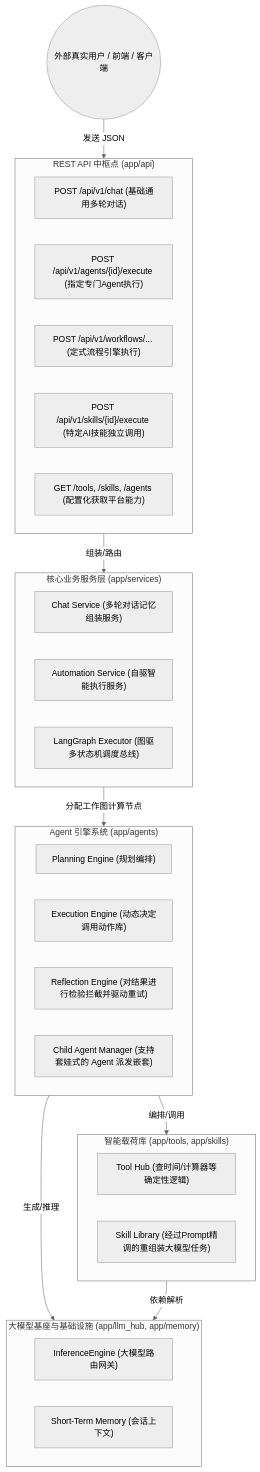
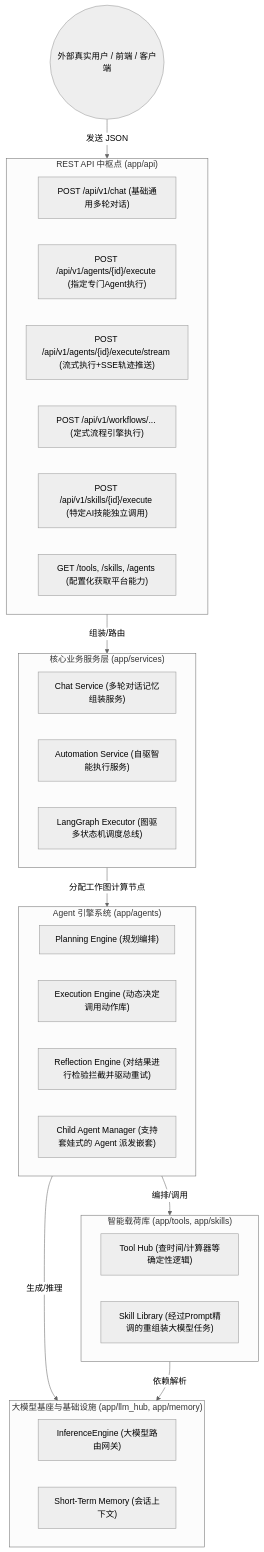
The first of 3 diagrams in README.md (HokageYeah/ai-agent), drawn with Mermaid (neutral theme) before and after one commit. The commit also changed other lines of this file and 21 other files, not shown here.

````diff
--- a/README.md
+++ b/README.md
@@ -67,49 +67,50 @@
 ```mermaid
 graph TD
     %% 用户层
     User((外部真实用户 / 前端 / 客户端))
     
     %% API 接口层
     subgraph APILayer ["REST API 中枢点 (app/api)"]
         API_Chat["POST /api/v1/chat (基础通用多轮对话)"]
         API_Agent["POST /api/v1/agents/{id}/execute (指定专门Agent执行)"]
+        API_AgentStream["POST /api/v1/agents/{id}/execute/stream (流式执行+SSE轨迹推送)"]
         API_Workflow["POST /api/v1/workflows/... (定式流程引擎执行)"]
         API_Skill["POST /api/v1/skills/{id}/execute (特定AI技能独立调用)"]
         API_Config["GET /tools, /skills, /agents (配置化获取平台能力)"]
     end
     
     %% 服务层
     subgraph ServiceLayer ["核心业务服务层 (app/services)"]
         ChatService["Chat Service (多轮对话记忆组装服务)"]
         AutomationService["Automation Service (自驱智能执行服务)"]
         LangGraph["LangGraph Executor (图驱多状态机调度总线)"]
     end
     
     %% Agent 引擎层
     subgraph AgentEngine ["Agent 引擎系统 (app/agents)"]
         Planning["Planning Engine (规划编排)"]
         Execution["Execution Engine (动态决定调用动作库)"]
         Reflection["Reflection Engine (对结果进行检验拦截并驱动重试)"]
         ChildMgr["Child Agent Manager (支持套娃式的 Agent 派发嵌套)"]
     end
     
     %% 技能库与工具库
     subgraph CapabilityLayer ["智能载荷库 (app/tools, app/skills)"]
         ToolHub["Tool Hub (查时间/计算器等确定性逻辑)"]
         SkillManager["Skill Library (经过Prompt精调的重组装大模型任务)"]
     end
     
     %% 核心基础设施
     subgraph InfraLayer ["大模型基座与基础设施 (app/llm_hub, app/memory)"]
         LLMHub["InferenceEngine (大模型路由网关)"]
         Memory["Short-Term Memory (会话上下文)"]
     end
     
     %% 数据流向
     User -->|发送 JSON| APILayer
     APILayer -->|组装/路由| ServiceLayer
     ServiceLayer -->|分配工作图计算节点| AgentEngine
     AgentEngine -->|编排/调用| CapabilityLayer
     AgentEngine -->|生成/推理| InfraLayer
     CapabilityLayer -->|依赖解析| InfraLayer
 ```
````
